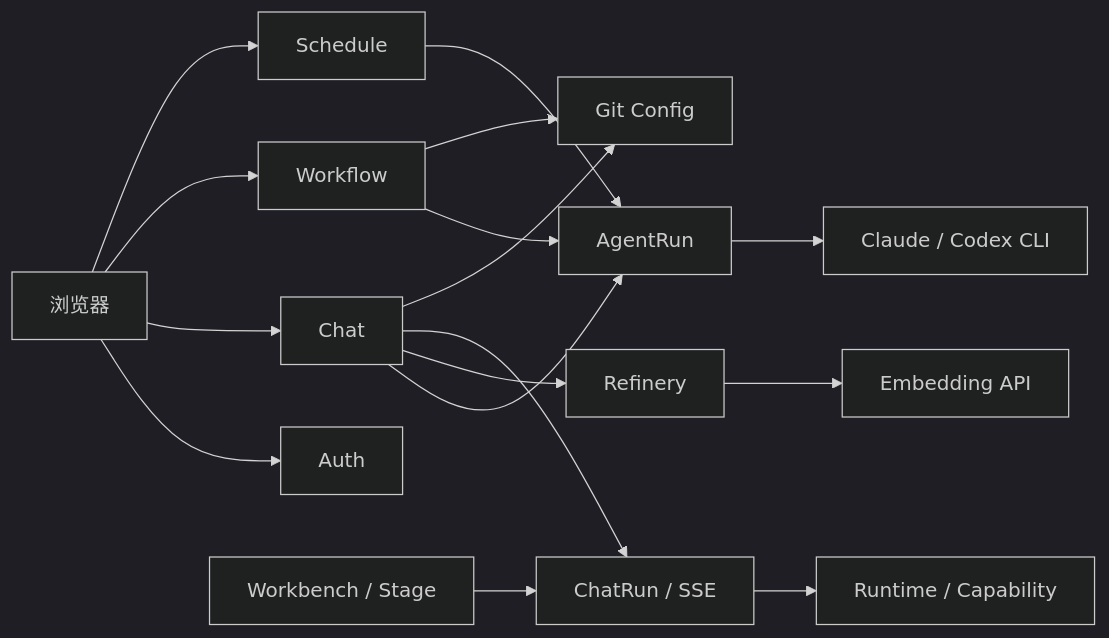
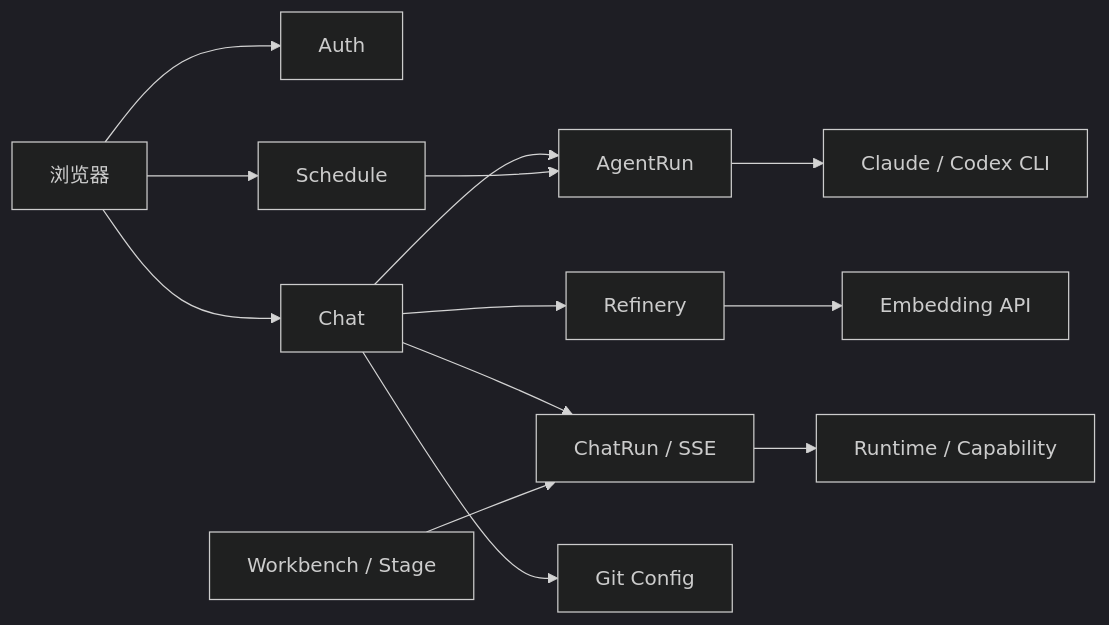
Before and after one commit to zhourui392/agent-web: the diagram in docs/event-storming.md, drawn with Mermaid (dark theme). The commit also changed other lines of this file and 61 other files, not shown here.

````diff
--- a/docs/event-storming.md
+++ b/docs/event-storming.md
@@ -7,18 +7,15 @@
 ```mermaid
 flowchart LR
     Browser[浏览器] --> Auth[Auth]
     Browser --> Chat[Chat]
-    Browser --> Workflow[Workflow]
     Browser --> Schedule[Schedule]
     Chat --> AgentRun[AgentRun]
-    Workflow --> AgentRun
     Schedule --> AgentRun
     AgentRun --> CLI[Claude / Codex CLI]
     Chat --> Refinery[Refinery]
     Chat --> ChatRun[ChatRun / SSE]
     Workbench[Workbench / Stage] --> ChatRun
     ChatRun --> Runtime[Runtime / Capability]
     Refinery --> Embedding[Embedding API]
     Chat --> Git[Git Config]
-    Workflow --> Git
 ```
````
